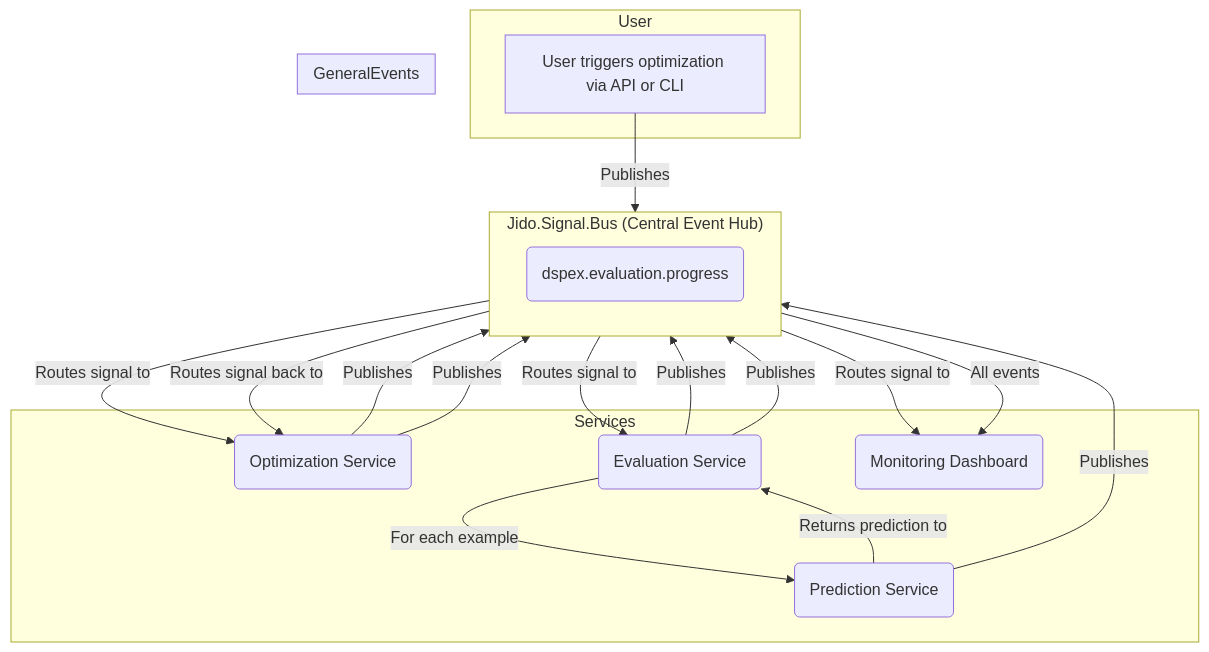
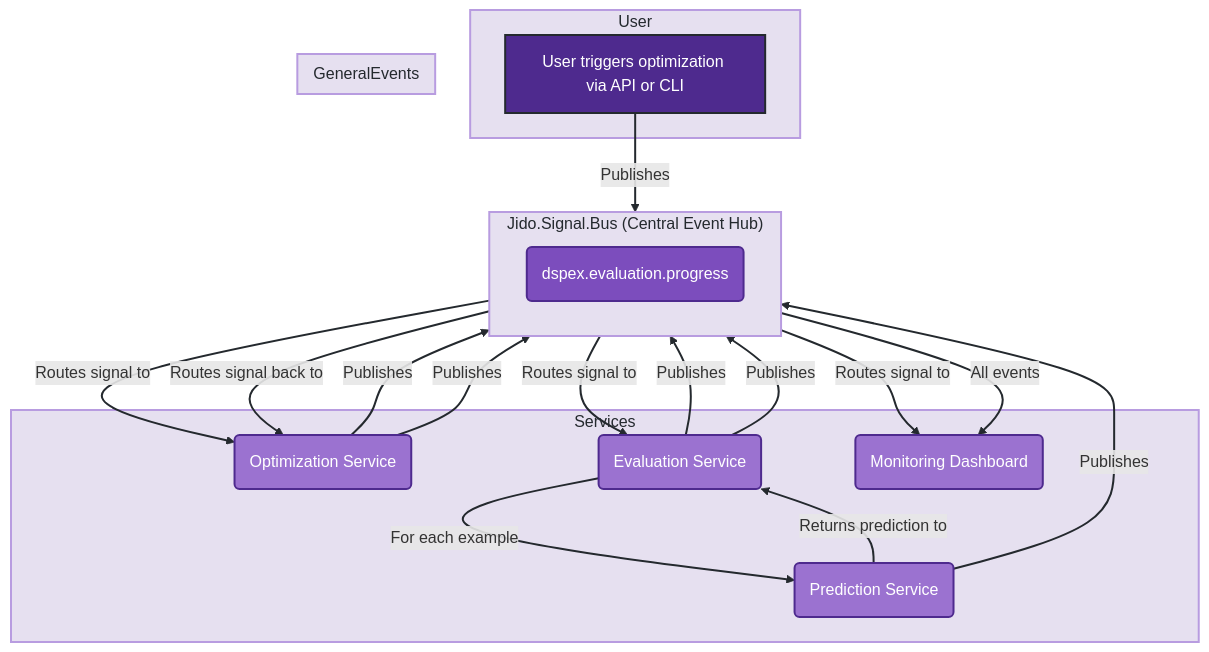
One commit to nshkrdotcom/ds_ex changed the first of 2 diagrams in JIDO_ACTION_SIGNAL_INTEGRATION.md. Above: the diagram before and after it, drawn with Mermaid. The commit also changed other lines of this file and 3 other files, not shown here.

````diff
--- a/JIDO_ACTION_SIGNAL_INTEGRATION.md
+++ b/JIDO_ACTION_SIGNAL_INTEGRATION.md
@@ -124,40 +124,59 @@
 ```mermaid
 graph TD
     subgraph User
         A[User triggers optimization via API or CLI]
     end
 
-    subgraph SignalBus["Jido.Signal.Bus (Central Event Hub)"]
+    subgraph SignalBus["Jido.Signal.Bus&nbsp;(Central&nbsp;Event&nbsp;Hub)"]
         direction LR
         Bus
     end
 
     subgraph Services
         B(Optimization Service)
         C(Evaluation Service)
         D(Prediction Service)
         E(Monitoring Dashboard)
     end
 
     A -- "Publishes" --> Bus(dspex.optimize.start)
     Bus -- "Routes signal to" --> B
 
     B -- "Publishes" --> Bus(dspex.evaluation.start)
     Bus -- "Routes signal to" --> C
 
     C -- "For each example" --> D
     D -- "Returns prediction to" --> C
 
     C -- "Publishes" --> Bus(dspex.evaluation.complete)
     Bus -- "Routes signal back to" --> B
 
     B -- "Publishes" --> Bus(dspex.optimize.complete)
     Bus -- "Routes signal to" --> E
 
     subgraph GeneralEvents
       D -- "Publishes" --> Bus(dspex.prediction.success)
       C -- "Publishes" --> Bus(dspex.evaluation.progress)
     end
     
     Bus -- "All events" --> E
+
+    %% Elixir-inspired styling
+    classDef userLayer fill:#4e2a8e,stroke:#24292e,stroke-width:2px,color:#fff
+    classDef coreAbstraction fill:#7c4dbd,stroke:#4e2a8e,stroke-width:2px,color:#fff
+    classDef keyModule fill:#9b72d0,stroke:#4e2a8e,stroke-width:2px,color:#fff
+    classDef clientLayer fill:#b89ce0,stroke:#4e2a8e,stroke-width:2px,color:#24292e
+    classDef serviceLayer fill:#d4c5ec,stroke:#4e2a8e,stroke-width:1px,color:#24292e
+    classDef externalSystem fill:#f5f5f5,stroke:#666,stroke-width:1px,color:#24292e
+    classDef adapter fill:#fdfbf7,stroke:#4e2a8e,stroke-width:2px,color:#24292e
+    classDef subgraphTitleTop fill:#e6e0f0,stroke:#b89ce0,stroke-width:2px,color:#24292e
+    classDef subgraphTitleNested fill:#f2f0f7,stroke:#d4c5ec,stroke-width:1px,color:#24292e
+
+    class A userLayer
+    class Bus coreAbstraction
+    class B,C,D,E keyModule
+    class User,SignalBus,Services,GeneralEvents subgraphTitleTop
+
+    %% Darker arrow styling for better visibility
+    linkStyle default stroke:#24292e,stroke-width:2px
 ```
````
